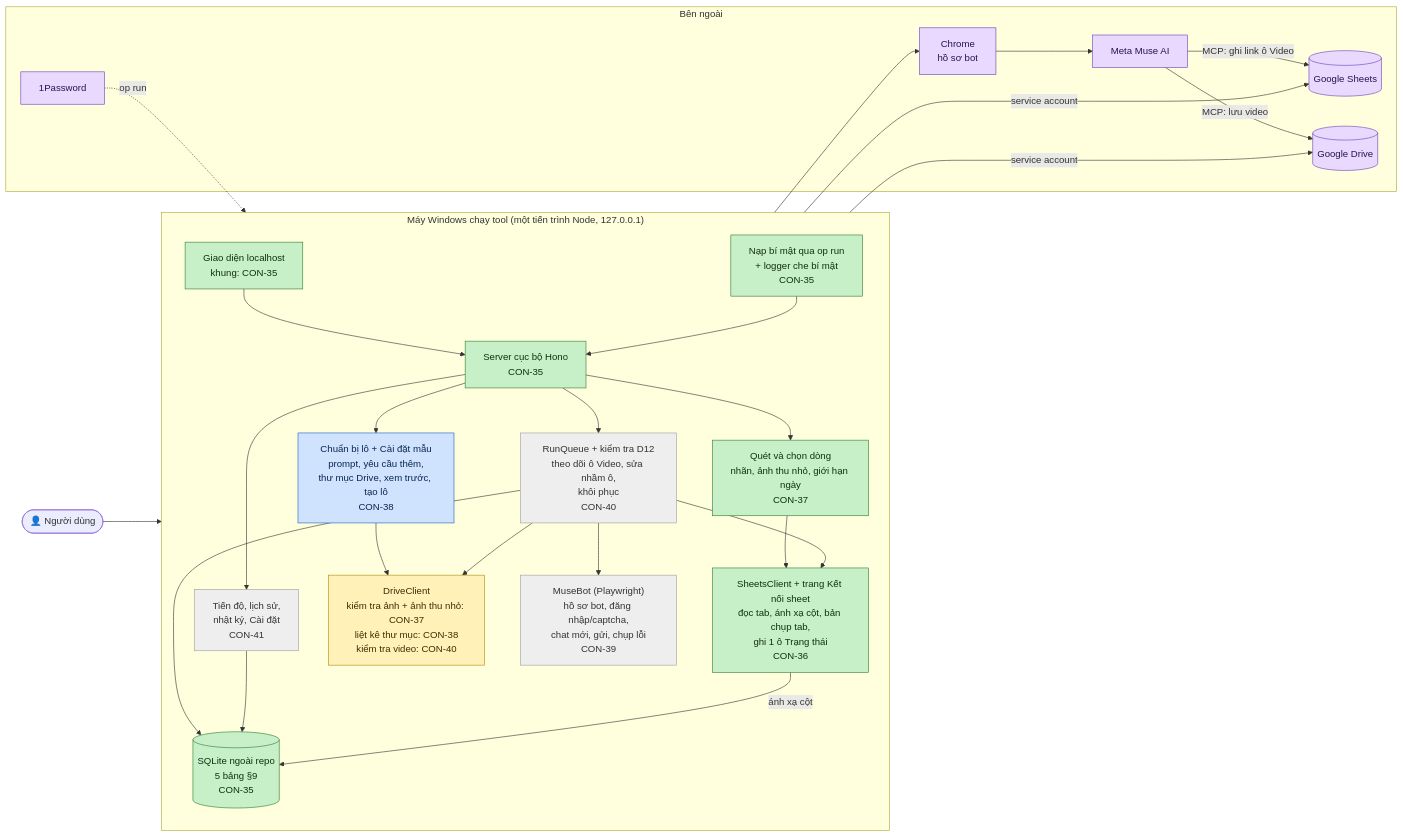
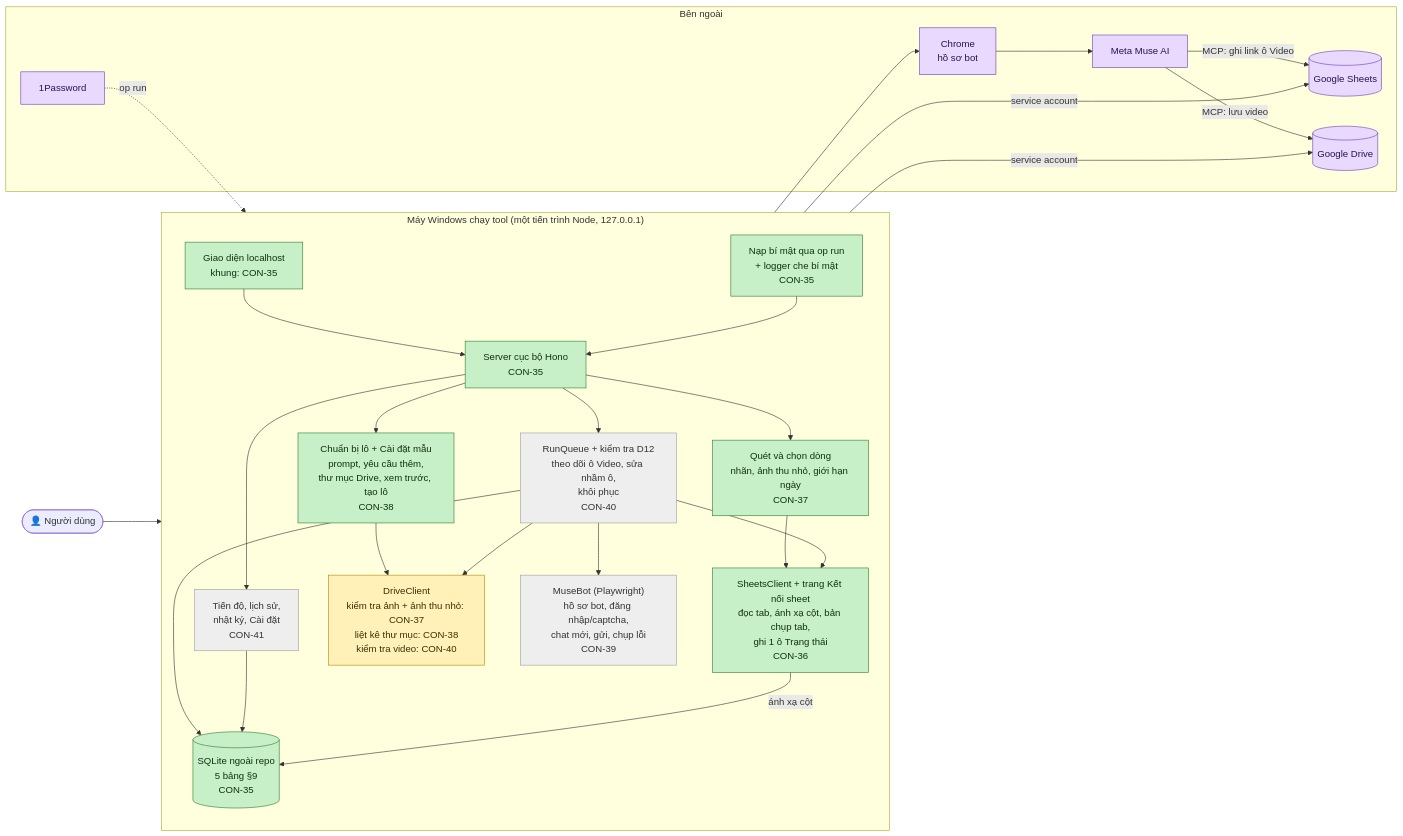
One commit to Bach1711/MASYS-VIDEO-GENERATOR changed the diagram in TIEN-DO.md. Above: the diagram before and after it, drawn with Mermaid. The commit also changed other lines of this file and 1 other file, not shown here.

````diff
--- a/TIEN-DO.md
+++ b/TIEN-DO.md
@@ -17,56 +17,55 @@
 ```mermaid
 flowchart LR
     user(["👤 Người dùng"])
 
     subgraph PC["Máy Windows chạy tool (một tiến trình Node, 127.0.0.1)"]
         direction TB
         ui["Giao diện localhost<br/>khung: CON-35"]
         server["Server cục bộ Hono<br/>CON-35"]
         secrets["Nạp bí mật qua op run<br/>+ logger che bí mật<br/>CON-35"]
         db[("SQLite ngoài repo<br/>5 bảng §9<br/>CON-35")]
 
         sheet["SheetsClient + trang Kết nối sheet<br/>đọc tab, ánh xạ cột, bản chụp tab,<br/>ghi 1 ô Trạng thái<br/>CON-36"]
         scan["Quét và chọn dòng<br/>nhãn, ảnh thu nhỏ, giới hạn ngày<br/>CON-37"]
         editor["Chuẩn bị lô + Cài đặt mẫu<br/>prompt, yêu cầu thêm,<br/>thư mục Drive, xem trước, tạo lô<br/>CON-38"]
         bot["MuseBot (Playwright)<br/>hồ sơ bot, đăng nhập/captcha,<br/>chat mới, gửi, chụp lỗi<br/>CON-39"]
         queue["RunQueue + kiểm tra D12<br/>theo dõi ô Video, sửa nhầm ô,<br/>khôi phục<br/>CON-40"]
         drive["DriveClient<br/>kiểm tra ảnh + ảnh thu nhỏ: CON-37<br/>liệt kê thư mục: CON-38<br/>kiểm tra video: CON-40"]
         progress["Tiến độ, lịch sử,<br/>nhật ký, Cài đặt<br/>CON-41"]
     end
 
     subgraph EXT["Bên ngoài"]
         gsheets[("Google Sheets")]
         gdrive[("Google Drive")]
         chrome["Chrome<br/>hồ sơ bot"]
         muse["Meta Muse AI"]
         op["1Password"]
     end
 
     user --> ui --> server
     server --> scan & editor & progress
     scan --> sheet
     editor --> drive
     server --> queue
     queue --> sheet & drive & bot
     queue --> db
     progress --> db
     sheet -- "ánh xạ cột" --> db
     sheet -- "service account" --> gsheets
     drive -- "service account" --> gdrive
     bot --> chrome --> muse
     muse -- "MCP: lưu video" --> gdrive
     muse -- "MCP: ghi link ô Video" --> gsheets
     op -. "op run" .-> secrets --> server
 
     classDef done fill:#c8f0c8,stroke:#2e7d32,color:#10300f
     classDef review fill:#cfe3ff,stroke:#1f5fbf,color:#0c2550
     classDef doing fill:#fff1b8,stroke:#b38600,color:#3d2e00
     classDef todo fill:#eeeeee,stroke:#9e9e9e,color:#333333
     classDef ext fill:#ead9ff,stroke:#6a3fb5,color:#2a1250
 
-    class ui,server,secrets,db,sheet,scan done
+    class ui,server,secrets,db,sheet,scan,editor done
     class drive doing
-    class editor review
     class bot,queue,progress todo
     class gsheets,gdrive,chrome,muse,op ext
 ```
````
